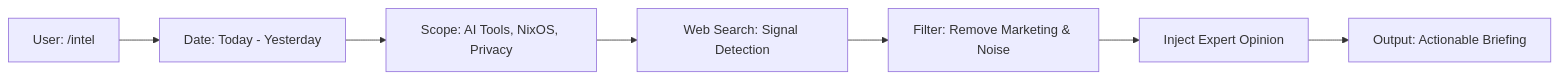
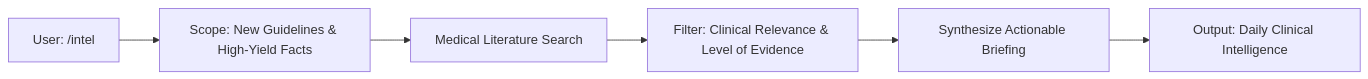
One commit to Gomaa-foundation/Learning_medical changed the third of 3 diagrams in docs/COMMAND_ATLAS.md. Above: the diagram before and after it, drawn with Mermaid. The commit also changed other lines of this file and 11 other files, not shown here.

````diff
--- a/docs/COMMAND_ATLAS.md
+++ b/docs/COMMAND_ATLAS.md
@@ -65,9 +64,8 @@
 ```mermaid
 flowchart LR
-    Command[User: /intel] --> Params[Date: Today - Yesterday]
-    Params --> Scope[Scope: AI Tools, NixOS, Privacy]
-    Scope --> Search[Web Search: Signal Detection]
-    Search --> Filter[Filter: Remove Marketing & Noise]
-    Filter --> Opinion[Inject Expert Opinion]
-    Opinion --> Brief[Output: Actionable Briefing]
+    Command[User: /intel] --> Scope[Scope: New Guidelines & High-Yield Facts]
+    Scope --> Search[Medical Literature Search]
+    Search --> Filter[Filter: Clinical Relevance & Level of Evidence]
+    Filter --> Synthesis[Synthesize Actionable Briefing]
+    Synthesis --> Output[Output: Daily Clinical Intelligence]
 ```
````
